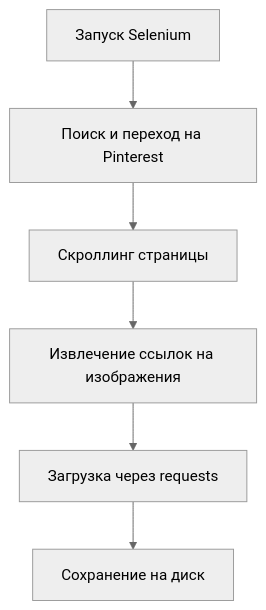
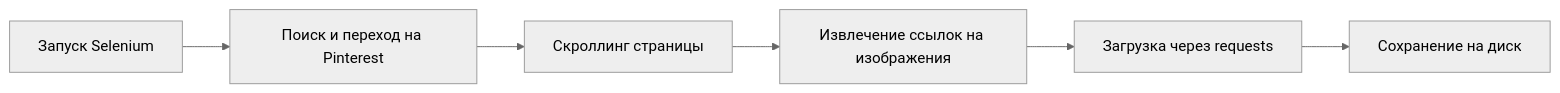
The first of 3 diagrams in docs/README.md (GuliGuli228/PD2025), drawn with Mermaid (neutral theme) before and after one commit.

Commit message:
изменеие flowchar Lr

````diff
--- a/docs/README.md
+++ b/docs/README.md
@@ -142,8 +142,8 @@
 ```mermaid
-flowchart TD
+flowchart LR
     A[Запуск Selenium] --> B[Поиск и переход на Pinterest]
     B --> C[Скроллинг страницы]
     C --> D[Извлечение ссылок на изображения]
     D --> E[Загрузка через requests]
     E --> F[Сохранение на диск]
 ```
````
